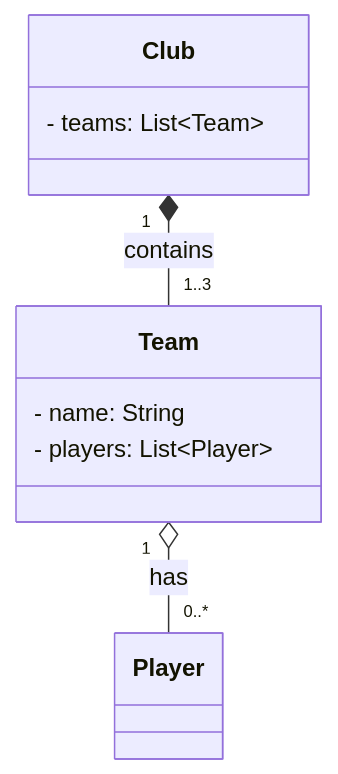
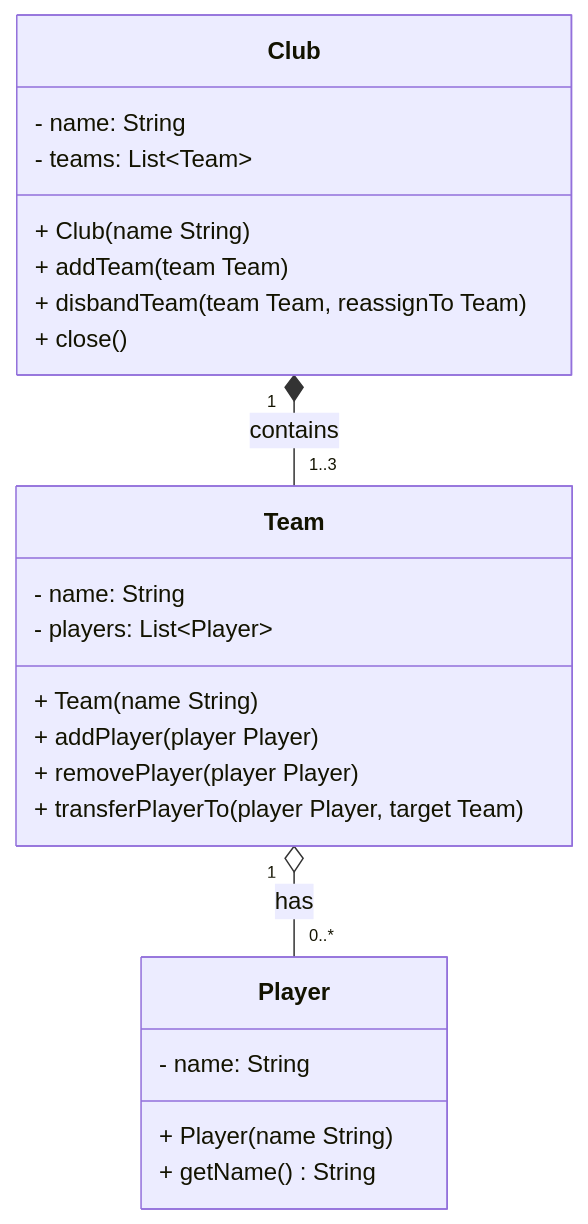
One commit to IsaVII/Lex_7_Java_Exercise_OOP2 changed the second of 3 diagrams in Readme.md. Above: the diagram before and after it, drawn with Mermaid. The commit also changed other lines of this file, not shown here.

Commit message:
Exercise 3: added method descriptions and constructors for Club, Team, and Player in Readme.md

````diff
--- a/Readme.md
+++ b/Readme.md
@@ -89,16 +89,27 @@
 ```mermaid
 classDiagram
     class Club {
+        - name: String
         - teams: List~Team~
+        + Club(name String)
+        + addTeam(team Team)
+        + disbandTeam(team Team, reassignTo Team)
+        + close()
     }
     class Team {
         - name: String
         - players: List~Player~
-
+        + Team(name String)
+        + addPlayer(player Player)
+        + removePlayer(player Player)
+        + transferPlayerTo(player Player, target Team)
     }
     class Player {
+        - name: String
+        + Player(name String)
+        + getName() String
     }
 
     Club "1" *-- "1..3" Team : contains
     Team "1" o-- "0..*" Player : has
 ```
````
